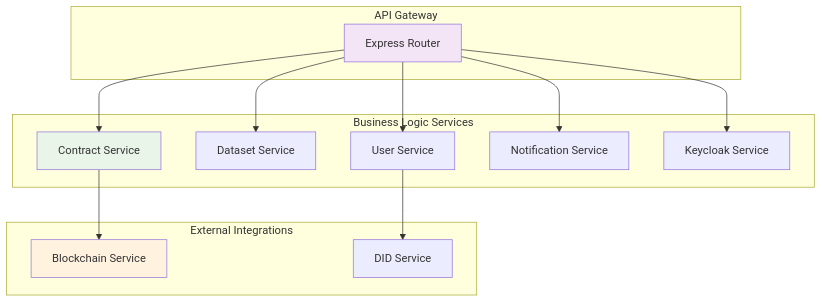
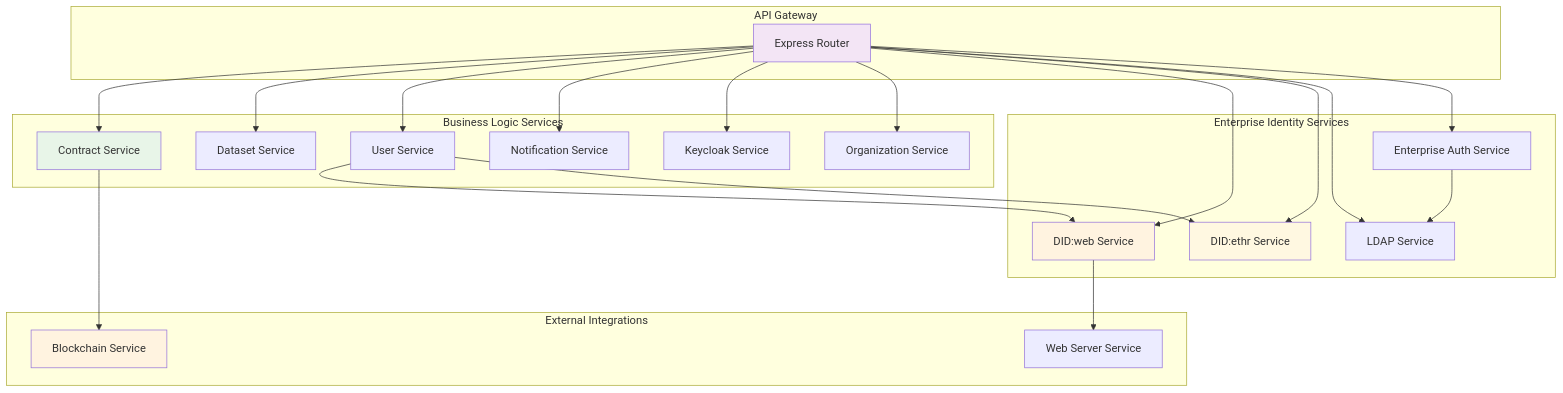
The third of 25 diagrams in ARCHITECTURE_GUIDE.md (gitmujoshi/Confidential-AI-Network), drawn with Mermaid before and after one commit. The commit also changed other lines of this file and 18 other files, not shown here.

Commit message:
docs: update all architecture and IAM docs for enterprise did:web strategy, add enterprise implementation guide

````diff
--- a/ARCHITECTURE_GUIDE.md
+++ b/ARCHITECTURE_GUIDE.md
@@ -107,31 +119,50 @@
 ```mermaid
 graph TB
     subgraph "API Gateway"
         API[Express Router]
     end
     
     subgraph "Business Logic Services"
         CS[Contract Service]
         DS[Dataset Service]
         US[User Service]
         NS[Notification Service]
         IAM_S[Keycloak Service]
+        ORG_S[Organization Service]
+    end
+    
+    subgraph "Enterprise Identity Services"
+        DID_WEB_S[DID:web Service]
+        DID_ETHR_S[DID:ethr Service]
+        LDAP_S[LDAP Service]
+        ENTERPRISE_S[Enterprise Auth Service]
     end
     
     subgraph "External Integrations"
         BC_S[Blockchain Service]
-        DID_S[DID Service]
+        WEB_S[Web Server Service]
     end
     
     API --> CS
     API --> DS
     API --> US
     API --> NS
     API --> IAM_S
+    API --> ORG_S
+    API --> DID_WEB_S
+    API --> DID_ETHR_S
+    API --> LDAP_S
+    API --> ENTERPRISE_S
+    
     CS --> BC_S
-    US --> DID_S
+    US --> DID_WEB_S
+    US --> DID_ETHR_S
+    DID_WEB_S --> WEB_S
+    ENTERPRISE_S --> LDAP_S
     
     style API fill:#f3e5f5
     style CS fill:#e8f5e8
+    style DID_WEB_S fill:#fff3e0
+    style DID_ETHR_S fill:#fff8e1
     style BC_S fill:#fff3e0
 ```
````
